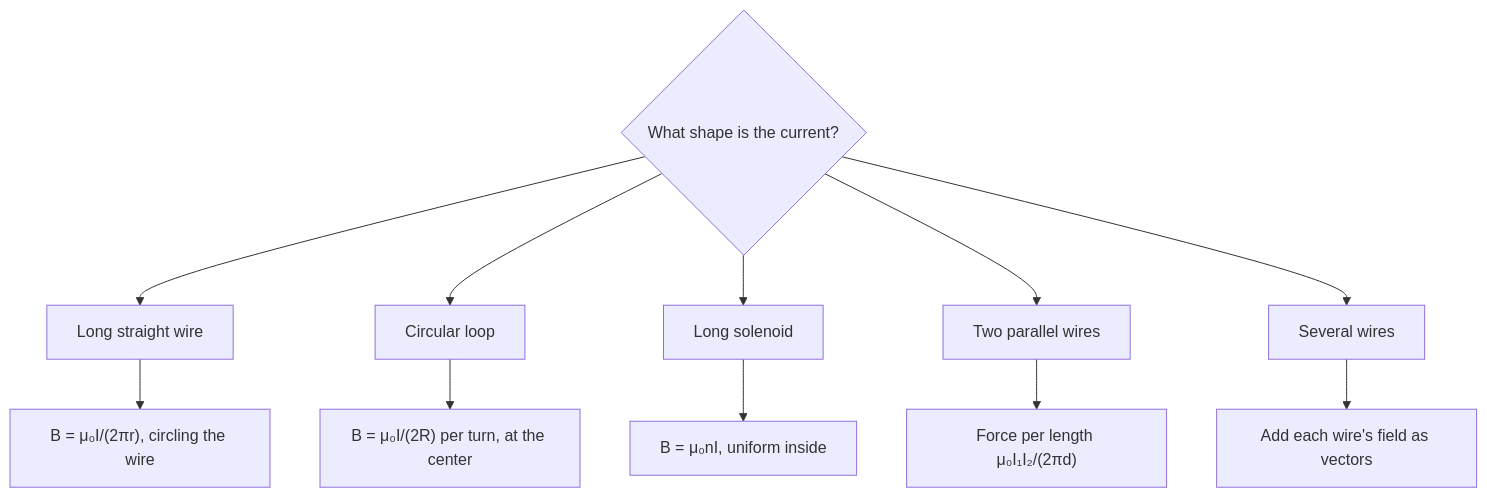
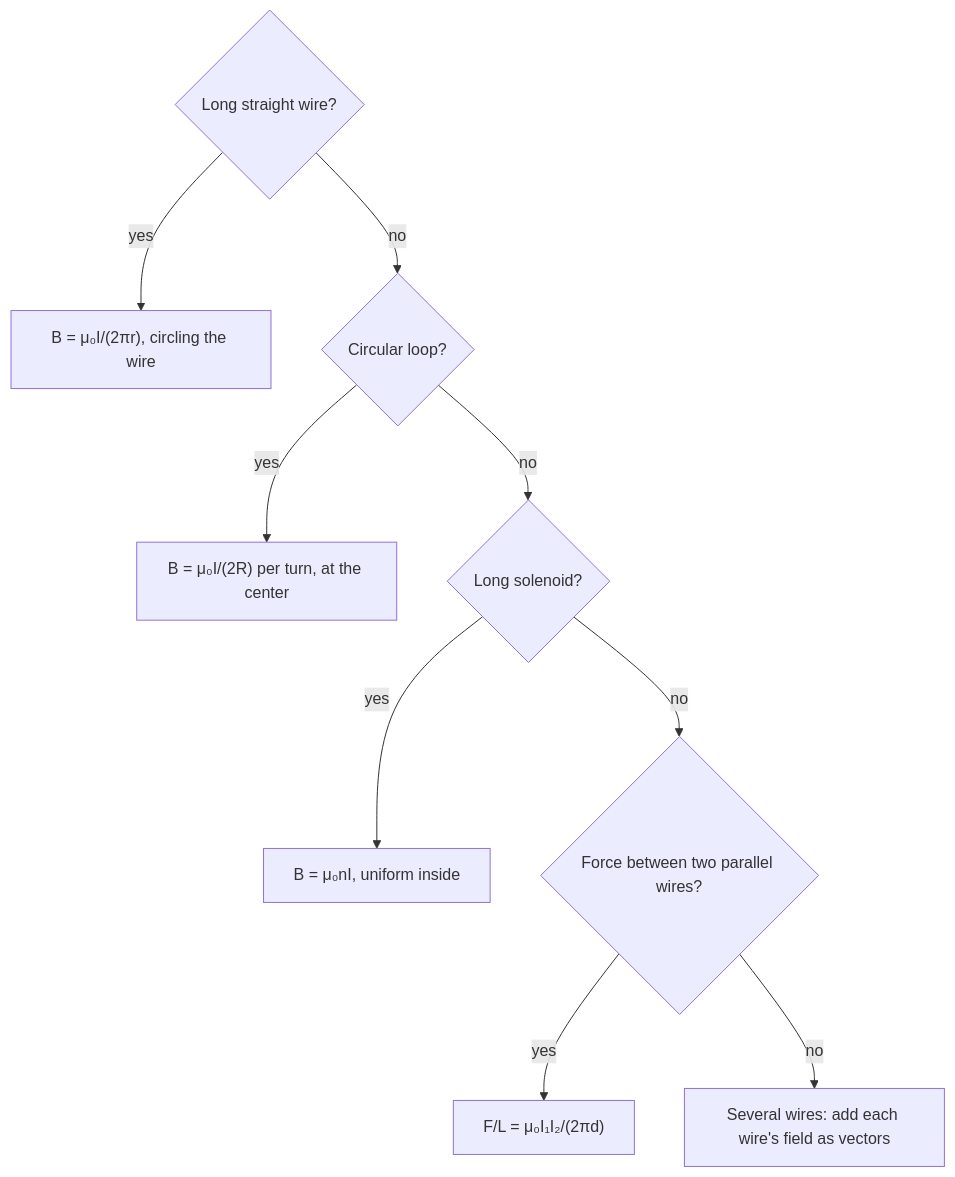
One commit to Aziliz/erudior changed the diagram in content/math/physics/lessons/39-magnetic-sources.md. Above: the diagram before and after it, drawn with Mermaid. The commit also changed 33 other files, not shown here.

````diff
--- a/content/math/physics/lessons/39-magnetic-sources.md
+++ b/content/math/physics/lessons/39-magnetic-sources.md
@@ -109,15 +109,13 @@
 ```mermaid
 flowchart TD
   accTitle: Which magnetic field formula to use
-  accDescr: Start from the shape of the current. A long straight wire gives B equals mu zero I over 2 pi r, circling the wire. A circular loop gives B equals mu zero I over 2R per turn at its center. A long solenoid gives B equals mu zero n I along the axis inside. Two parallel wires feel a force per length of mu zero I1 I2 over 2 pi d. Several wires: find each wire's field and add them as vectors.
-  S{"What shape is the current?"} --> W["Long straight wire"]
-  S --> L["Circular loop"]
-  S --> N["Long solenoid"]
-  S --> P["Two parallel wires"]
-  S --> M["Several wires"]
-  W --> W2["B = μ₀I/(2πr), circling the wire"]
-  L --> L2["B = μ₀I/(2R) per turn, at the center"]
-  N --> N2["B = μ₀nI, uniform inside"]
-  P --> P2["Force per length μ₀I₁I₂/(2πd)"]
-  M --> M2["Add each wire's field as vectors"]
+  accDescr: Ask about the shape of the current in turn. A long straight wire gives B equals mu zero I over 2 pi r, circling the wire. Otherwise, a circular loop gives B equals mu zero I over 2R per turn at its center. Otherwise, a long solenoid gives B equals mu zero n I, uniform inside. Otherwise, for two parallel wires the force per length is mu zero I1 I2 over 2 pi d. With several wires, find each wire's field and add them as vectors.
+  A{"Long straight wire?"} -- yes --> A2["B = μ₀I/(2πr), circling the wire"]
+  A -- no --> B{"Circular loop?"}
+  B -- yes --> B2["B = μ₀I/(2R) per turn, at the center"]
+  B -- no --> C{"Long solenoid?"}
+  C -- yes --> C2["B = μ₀nI, uniform inside"]
+  C -- no --> D{"Force between two parallel wires?"}
+  D -- yes --> D2["F/L = μ₀I₁I₂/(2πd)"]
+  D -- no --> E["Several wires: add each wire's field as vectors"]
 ```
````
